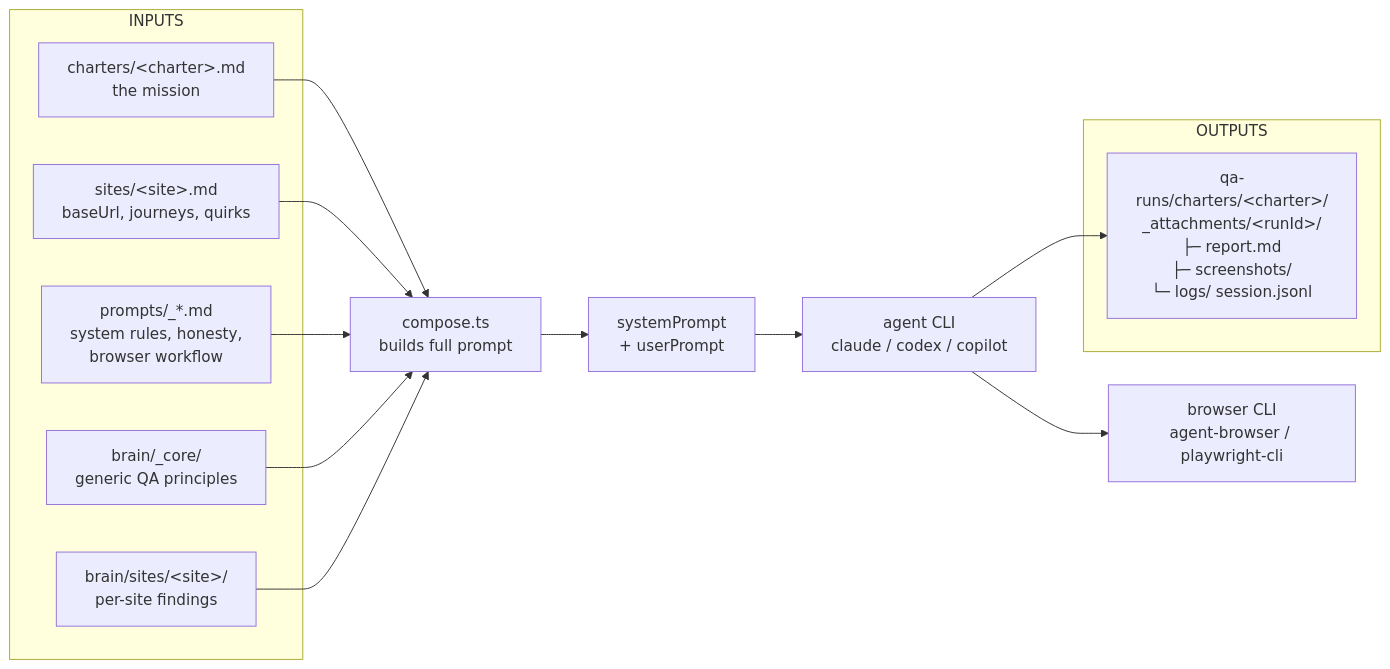
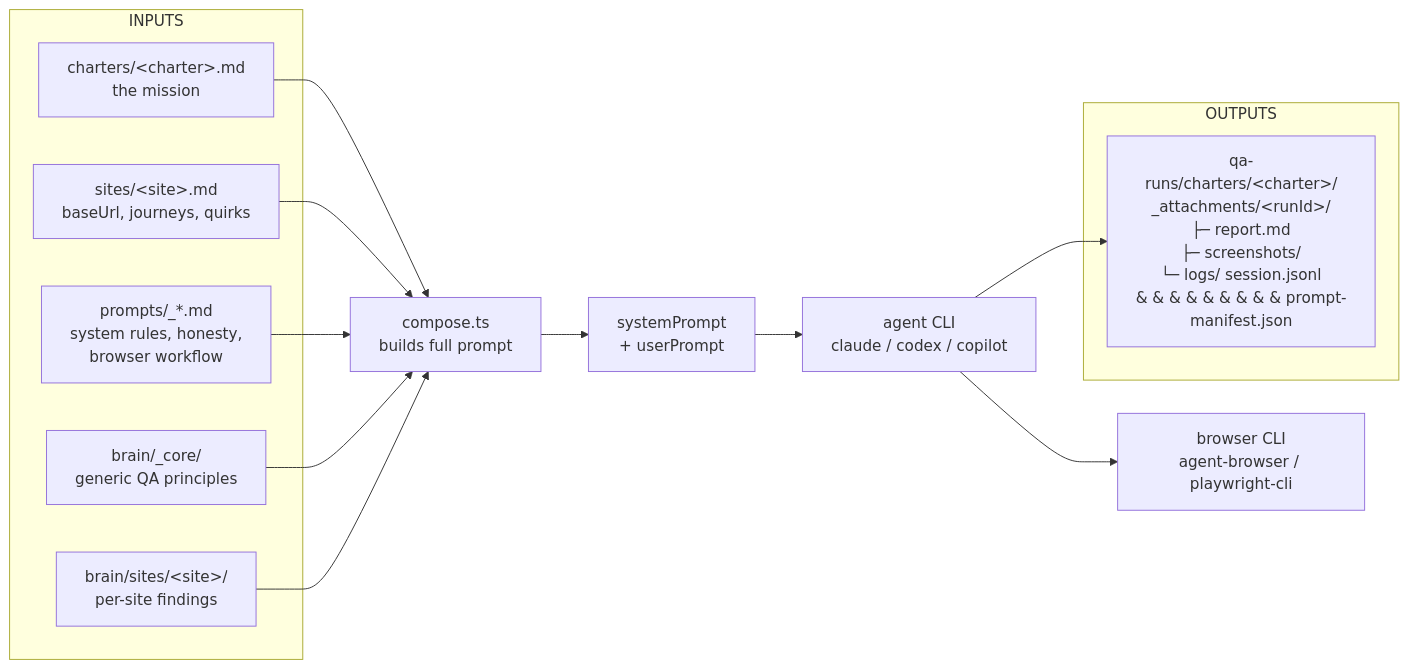
The second of 3 diagrams in README.md (alexanderop/explore-qa), drawn with Mermaid before and after one commit. The commit also changed other lines of this file and 7 other files, not shown here.

Commit message:
Enhance prompt management: Add promptHash and manifest for regression tracking, update README, and implement comparison functionality

````diff
--- a/README.md
+++ b/README.md
@@ -81,27 +81,27 @@
 ```mermaid
 flowchart LR
     subgraph INPUTS
         c[charters/&lt;charter&gt;.md<br/>the mission]
         s[sites/&lt;site&gt;.md<br/>baseUrl, journeys, quirks]
         p[prompts/_*.md<br/>system rules, honesty,<br/>browser workflow]
         bc[brain/_core/<br/>generic QA principles]
         bs[brain/sites/&lt;site&gt;/<br/>per-site findings]
     end
 
     compose[compose.ts<br/>builds full prompt]
     sp[systemPrompt<br/>+ userPrompt]
     agent[agent CLI<br/>claude / codex / copilot]
     browser[browser CLI<br/>agent-browser / playwright-cli]
 
     subgraph OUTPUTS
-        runs[qa-runs/charters/&lt;charter&gt;/<br/>_attachments/&lt;runId&gt;/<br/>├─ report.md<br/>├─ screenshots/<br/>└─ logs/ session.jsonl]
+        runs[qa-runs/charters/&lt;charter&gt;/<br/>_attachments/&lt;runId&gt;/<br/>├─ report.md<br/>├─ screenshots/<br/>└─ logs/ session.jsonl<br/>&#160;&#160;&#160;&#160;&#160;&#160;&#160;&#160;&#160;prompt-manifest.json]
     end
 
     c --> compose
     s --> compose
     p --> compose
     bc --> compose
     bs --> compose
     compose --> sp --> agent --> browser
     agent --> runs
 ```
````
